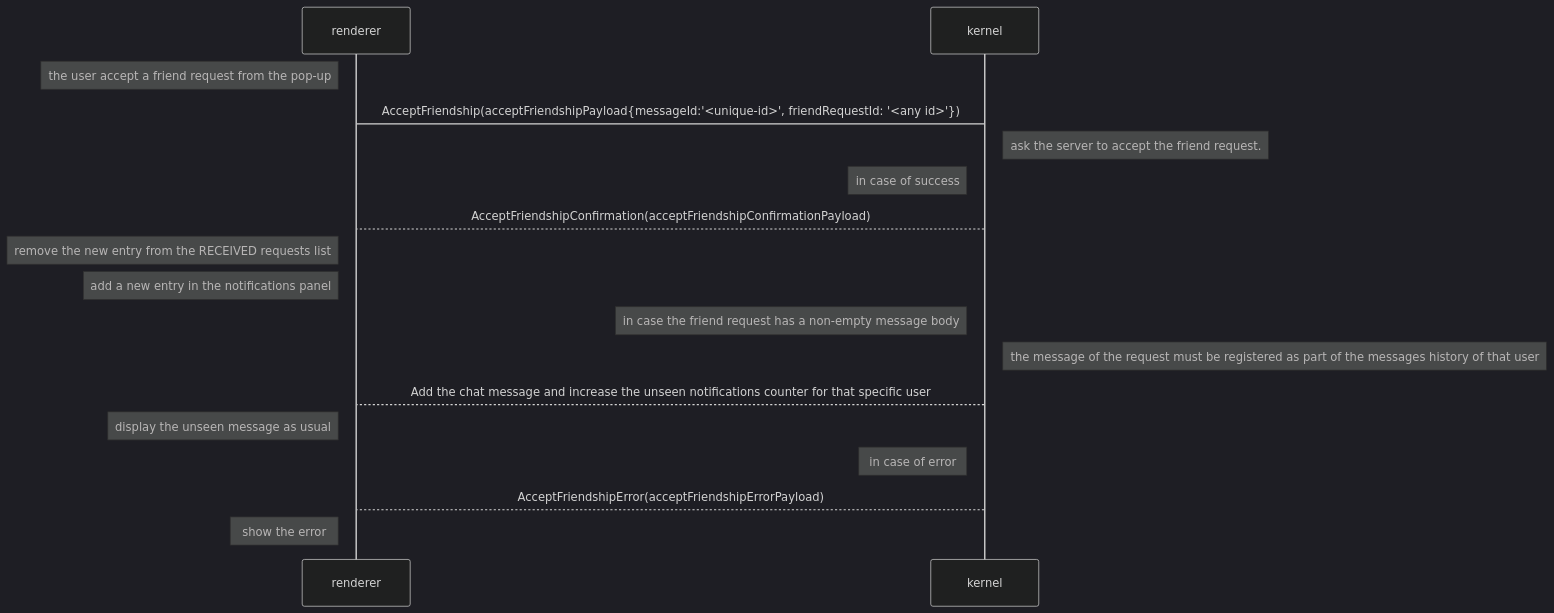
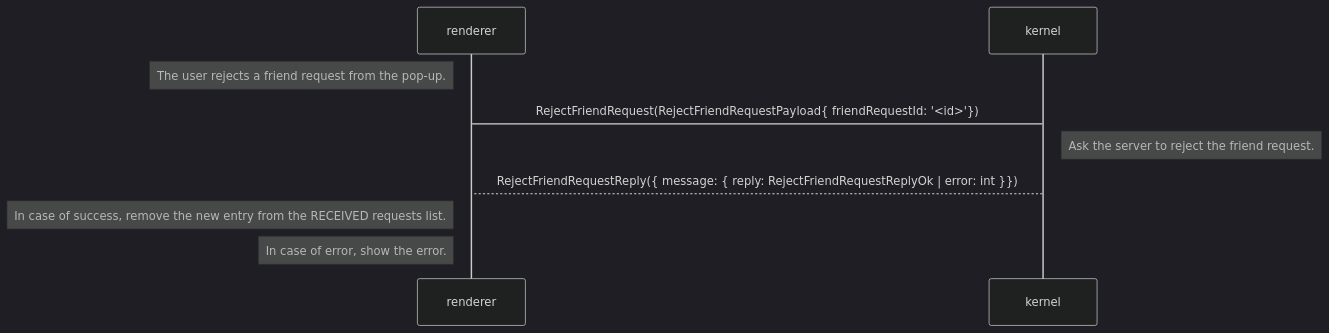
The fourth of 9 diagrams in content/ADR-137-new-friend-request.md (decentraland/adr), drawn with Mermaid (dark theme) before and after one commit. The commit also changed other lines of this file, not shown here.

````diff
--- a/content/ADR-137-new-friend-request.md
+++ b/content/ADR-137-new-friend-request.md
@@ -133,20 +151,12 @@
 ```mermaid
 sequenceDiagram
   participant renderer
   participant kernel
   
-note left of renderer: the user accept a friend request from the pop-up
-renderer->kernel: AcceptFriendship(acceptFriendshipPayload{messageId:'<unique-id>', friendRequestId: '<any id>'})
-note right of kernel: ask the server to accept the friend request.
-note left of kernel: in case of success
-kernel-->renderer: AcceptFriendshipConfirmation(acceptFriendshipConfirmationPayload)
-note left of renderer: remove the new entry from the RECEIVED requests list
-note left of renderer: add a new entry in the notifications panel
-note left of kernel: in case the friend request has a non-empty message body
-note right of kernel: the message of the request must be registered as part of the messages history of that user
-kernel-->renderer: Add the chat message and increase the unseen notifications counter for that specific user
-note left of renderer: display the unseen message as usual
-note left of kernel: in case of error
-kernel-->renderer: AcceptFriendshipError(acceptFriendshipErrorPayload)
-note left of renderer: show the error
+note left of renderer: The user rejects a friend request from the pop-up.
+renderer->kernel: RejectFriendRequest(RejectFriendRequestPayload{ friendRequestId: '<id>'})
+note right of kernel: Ask the server to reject the friend request.
+kernel-->renderer: RejectFriendRequestReply({ message: { reply: RejectFriendRequestReplyOk | error: int }})
+note left of renderer: In case of success, remove the new entry from the RECEIVED requests list.
+note left of renderer: In case of error, show the error.
 ```
````
